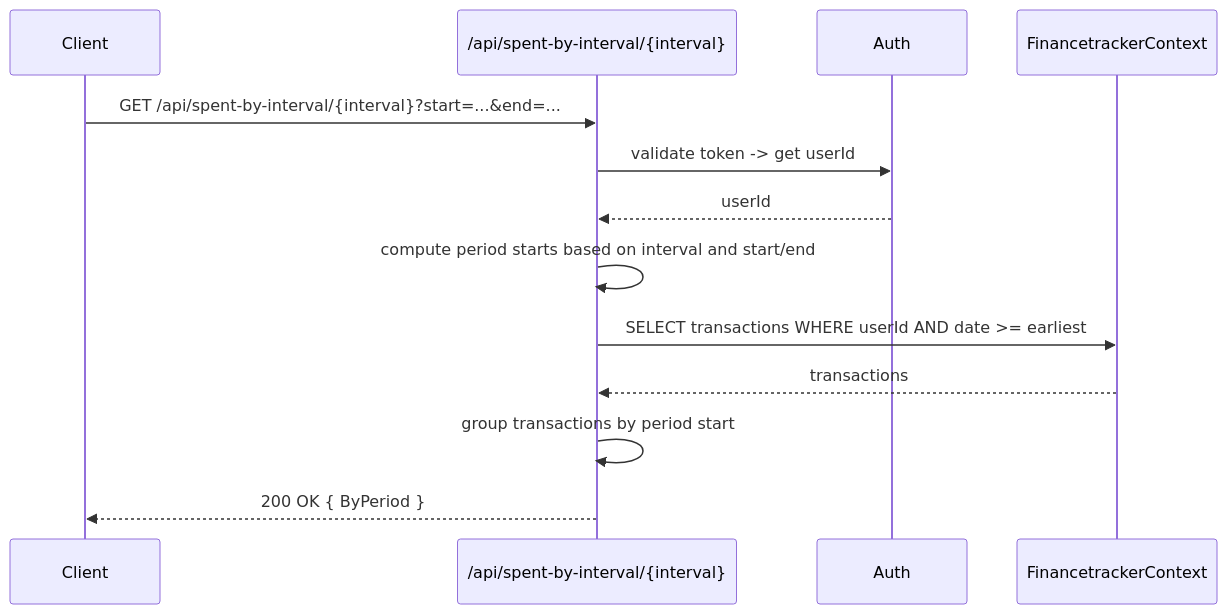
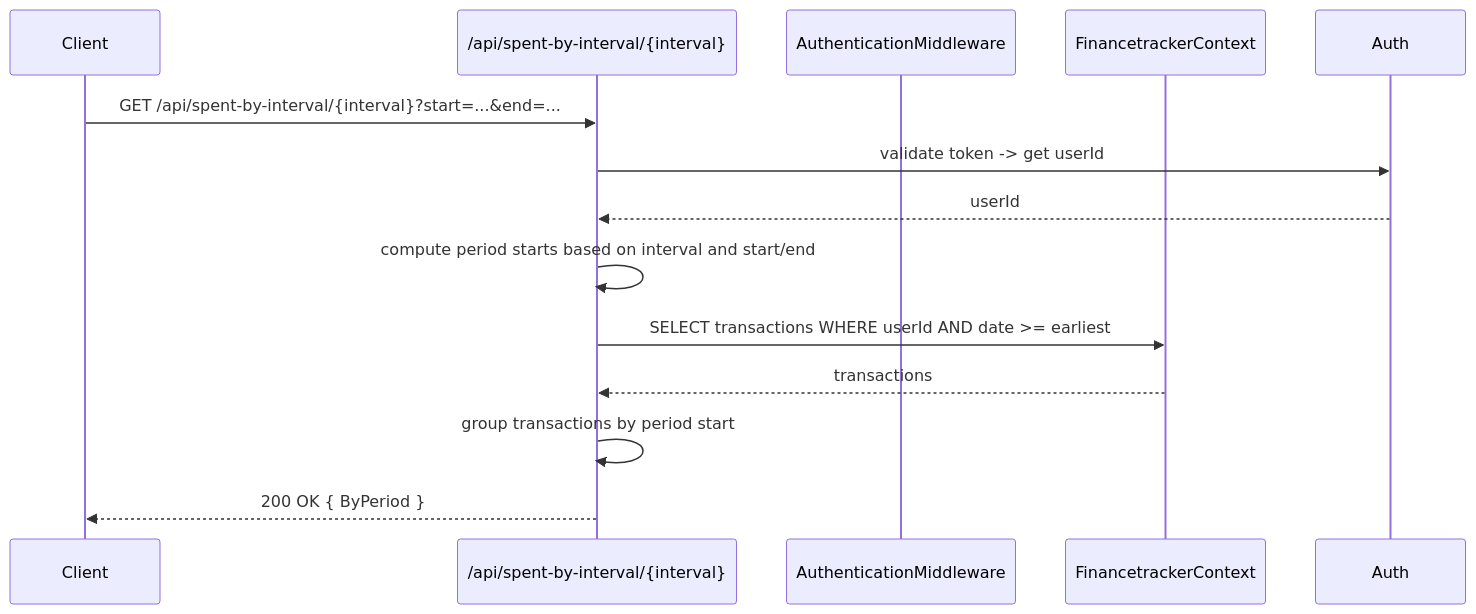
One commit to cimpa2004/financeTracker changed the diagram in docs/sequence-diagrams/statistics/diagrams/statistics-by-interval_1.mmd. Above: the diagram before and after it, drawn with Mermaid. The commit also changed 12 other files, not shown here.

```diff
--- a/docs/sequence-diagrams/statistics/diagrams/statistics-by-interval_1.mmd
+++ b/docs/sequence-diagrams/statistics/diagrams/statistics-by-interval_1.mmd
@@ -1,14 +1,14 @@
 sequenceDiagram
     participant Client
     participant API as /api/spent-by-interval/{interval}
-    participant Auth
+    participant AuthenticationMiddleware
     participant Db as FinancetrackerContext
 
     Client->>API: GET /api/spent-by-interval/{interval}?start=...&end=...
     API->>Auth: validate token -> get userId
     Auth-->>API: userId
     API->>API: compute period starts based on interval and start/end
     API->>Db: SELECT transactions WHERE userId AND date >= earliest
     Db-->>API: transactions
     API->>API: group transactions by period start
     API-->>Client: 200 OK { ByPeriod }
```
